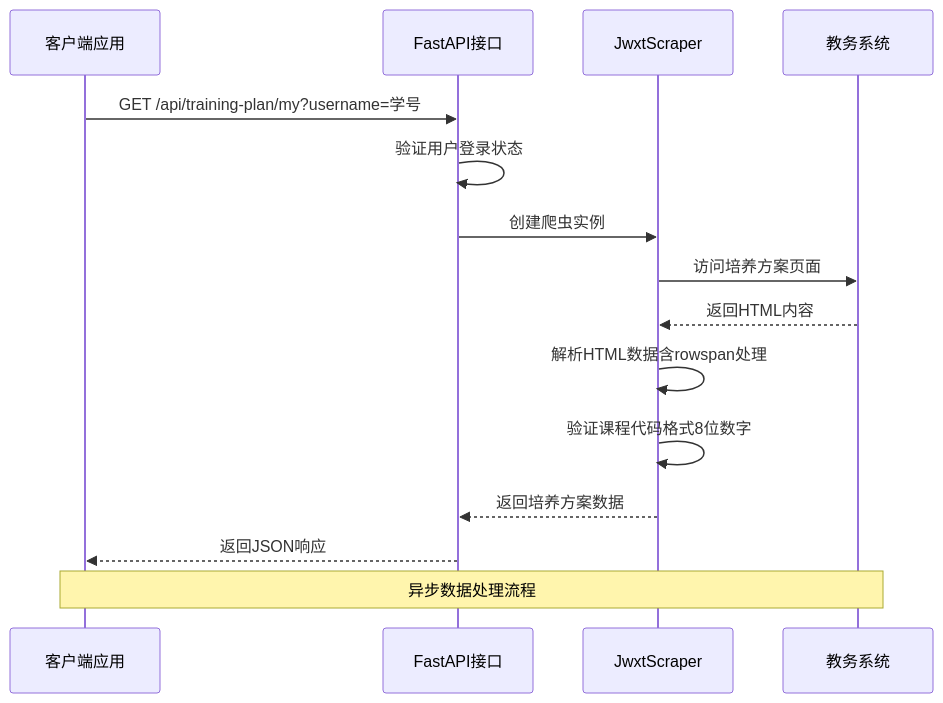
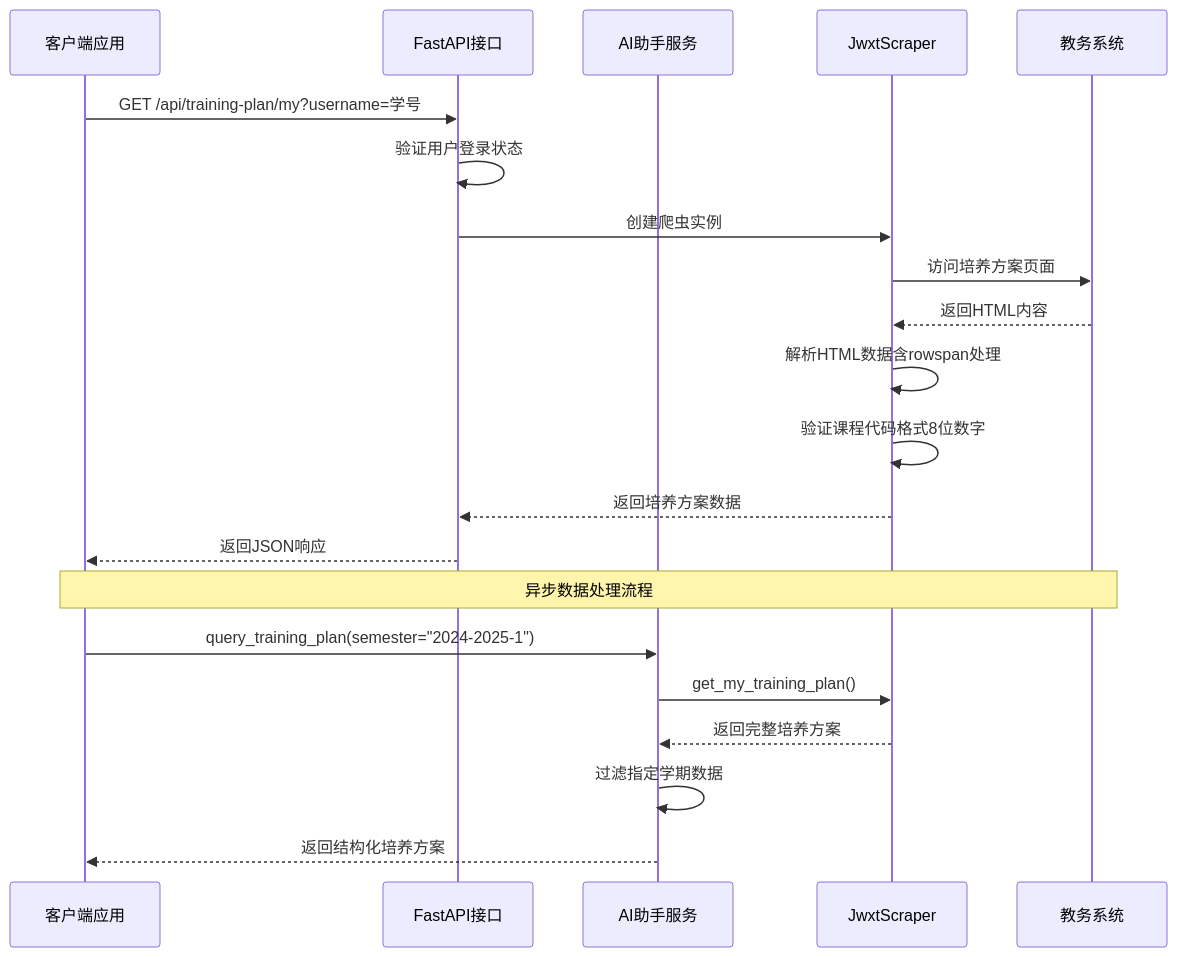
The second of 9 diagrams in .qoder/repowiki/zh/content/后端API文档/学术数据查询API/培养方案查询API.md (ghbbn053-ship-itsoulddog/soulddog), drawn with Mermaid before and after one commit. The commit also changed other lines of this file and 8 other files, not shown here.

````diff
--- a/.qoder/repowiki/zh/content/后端API文档/学术数据查询API/培养方案查询API.md
+++ b/.qoder/repowiki/zh/content/后端API文档/学术数据查询API/培养方案查询API.md
@@ -114,17 +131,23 @@
 ```mermaid
 sequenceDiagram
 participant Client as 客户端应用
 participant API as FastAPI接口
+participant Qwen as AI助手服务
 participant Scraper as JwxtScraper
 participant EduSystem as 教务系统
 Client->>API : GET /api/training-plan/my?username=学号
 API->>API : 验证用户登录状态
 API->>Scraper : 创建爬虫实例
 Scraper->>EduSystem : 访问培养方案页面
 EduSystem-->>Scraper : 返回HTML内容
 Scraper->>Scraper : 解析HTML数据含rowspan处理
 Scraper->>Scraper : 验证课程代码格式8位数字
 Scraper-->>API : 返回培养方案数据
 API-->>Client : 返回JSON响应
 Note over Client,EduSystem : 异步数据处理流程
+Client->>Qwen : query_training_plan(semester="2024-2025-1")
+Qwen->>Scraper : get_my_training_plan()
+Scraper-->>Qwen : 返回完整培养方案
+Qwen->>Qwen : 过滤指定学期数据
+Qwen-->>Client : 返回结构化培养方案
 ```
````
